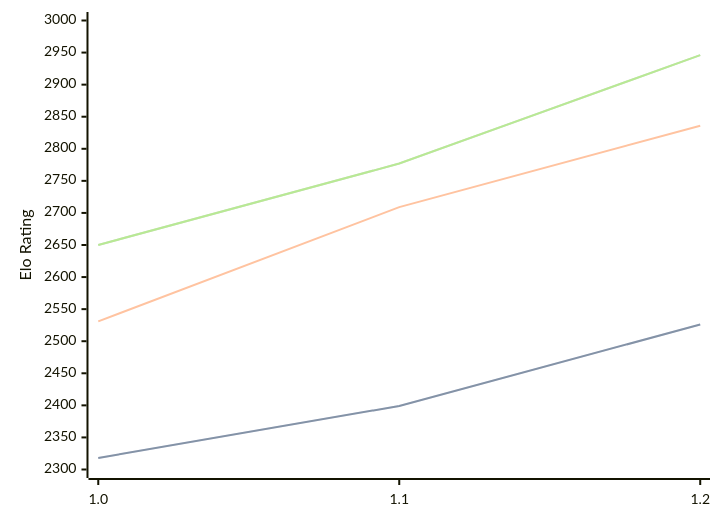
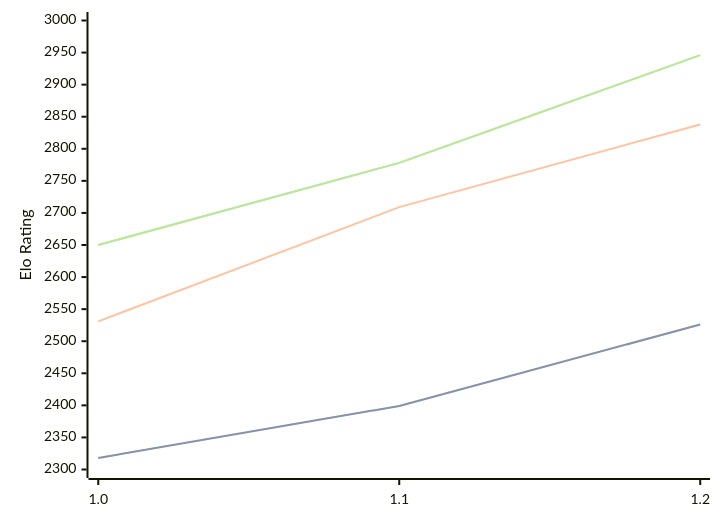
One commit to computer-chess-index/cci changed the diagram in engines/FoxChess.md. Above: the diagram before and after it, drawn with Mermaid. The commit also changed other lines of this file, not shown here.

Commit message:
Update CCI Ratings (ELO VLTC) - 2026-09-06

````diff
--- a/engines/FoxChess.md
+++ b/engines/FoxChess.md
@@ -33,11 +33,11 @@
 ```mermaid
 %%{init: {"theme":"base","themeVariables":{"seriesColors:['#a3a3a3','#222221','#faa371']}}}%%
 xychart-beta
   x-axis ["1.0", "1.1", "1.2"]
   y-axis "Elo Rating" 2300 --> 3000
   line "" [2318, 2399, 2526]
   line "STC (8.0+0.08s)" [2318, 2399, 2526]
-  line "LTC (60.0+0.60s)" [2531, 2709, 2836]
-  line "" [2650, 2777, 2946]
-  line "VLTC (2m24s+1.12s)" [2650, 2777, 2946]
+  line "LTC (60.0+0.60s)" [2531, 2709, 2838]
+  line "" [2650, 2778, 2946]
+  line "VLTC (2m24s+1.12s)" [2650, 2778, 2946]
 ```
````
